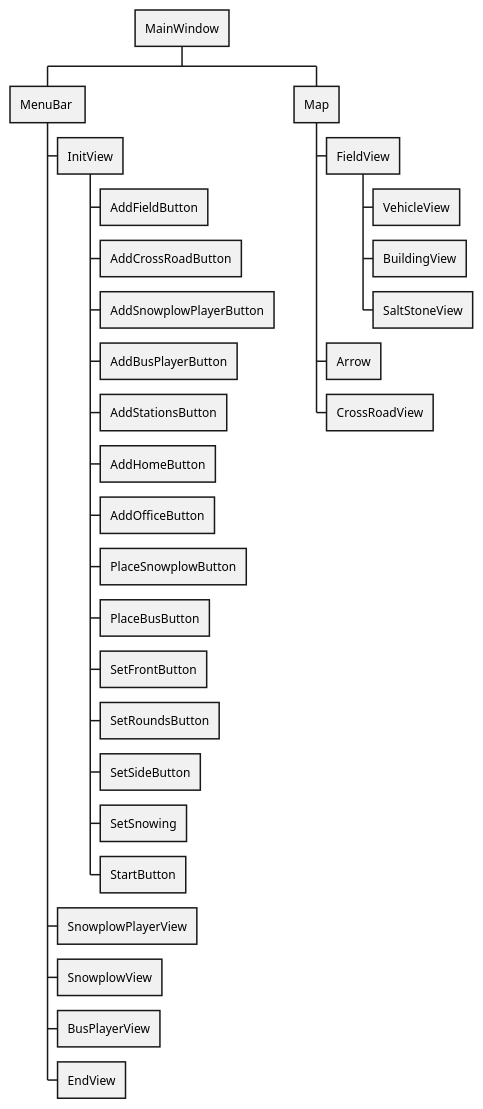
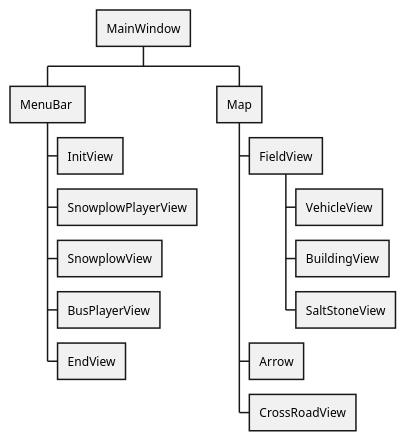
One commit to uhrinandor/spring changed the diagram in docs/graphics/structure/graphicsstructure.plantuml. Above: the diagram before and after it, drawn with PlantUML. The commit also changed 1 other file, not shown here.

Commit message:
InitView class diagram hozzaadasa

```diff
--- a/docs/graphics/structure/graphicsstructure.plantuml
+++ b/docs/graphics/structure/graphicsstructure.plantuml
@@ -1,32 +1,18 @@
 @startwbs
 * MainWindow
 ** MenuBar 
 'Ez itt nem külön objektum, közös interfész?
 *** InitView
-**** AddFieldButton
-**** AddCrossRoadButton
-**** AddSnowplowPlayerButton
-**** AddBusPlayerButton
-**** AddStationsButton
-**** AddHomeButton
-**** AddOfficeButton
-**** PlaceSnowplowButton
-**** PlaceBusButton
-**** SetFrontButton
-**** SetRoundsButton
-**** SetSideButton
-**** SetSnowing
-**** StartButton
 *** SnowplowPlayerView
 *** SnowplowView
 *** BusPlayerView
 *** EndView
 ** Map
 *** FieldView
 **** VehicleView
 **** BuildingView
 **** SaltStoneView
 *** Arrow
 *** CrossRoadView
 
 @endwbs
```
